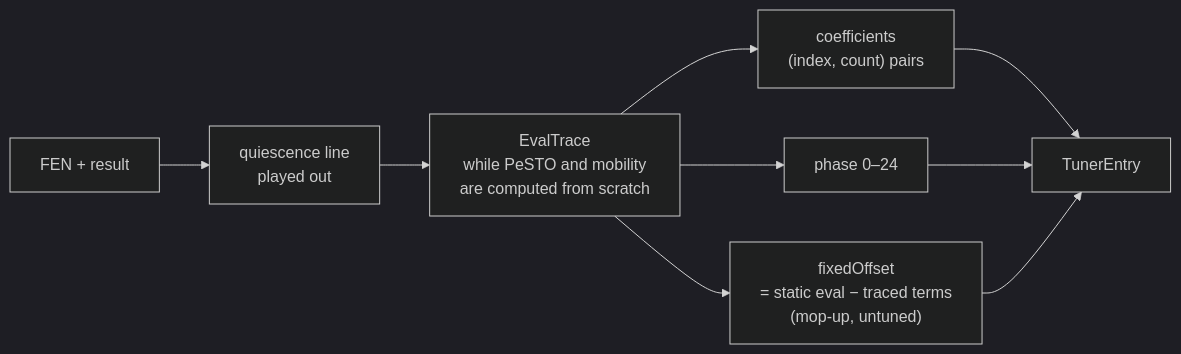
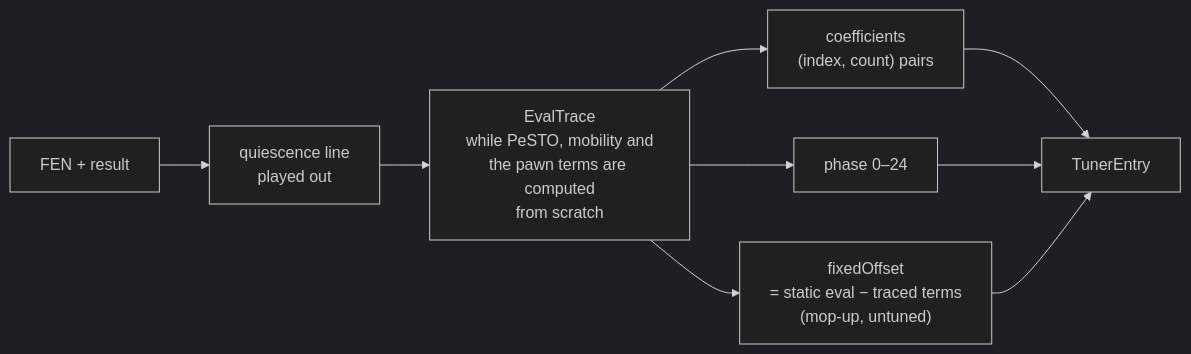
Before and after one commit to looak/elephant: the fourth of 6 diagrams in tuner/README.md, drawn with Mermaid (dark theme). The commit also changed other lines of this file and 1 other file, not shown here.

First line of the commit message:
Tuner README covers the pawn groups and pawn_tables.hpp, options.cmake says assertions default on

````diff
--- a/tuner/README.md
+++ b/tuner/README.md
@@ -132,9 +132,9 @@
 ```mermaid
 flowchart LR
     F["FEN + result"] --> Q["quiescence line<br/>played out"]
-    Q --> T["EvalTrace<br/>while PeSTO and mobility<br/>are computed from scratch"]
+    Q --> T["EvalTrace<br/>while PeSTO, mobility and<br/>the pawn terms are computed<br/>from scratch"]
     T --> C["coefficients<br/>(index, count) pairs"]
     T --> PH["phase 0–24"]
     T --> OFF["fixedOffset<br/>= static eval − traced terms<br/>(mop-up, untuned)"]
     C & PH & OFF --> ENT["TunerEntry"]
 ```
````
